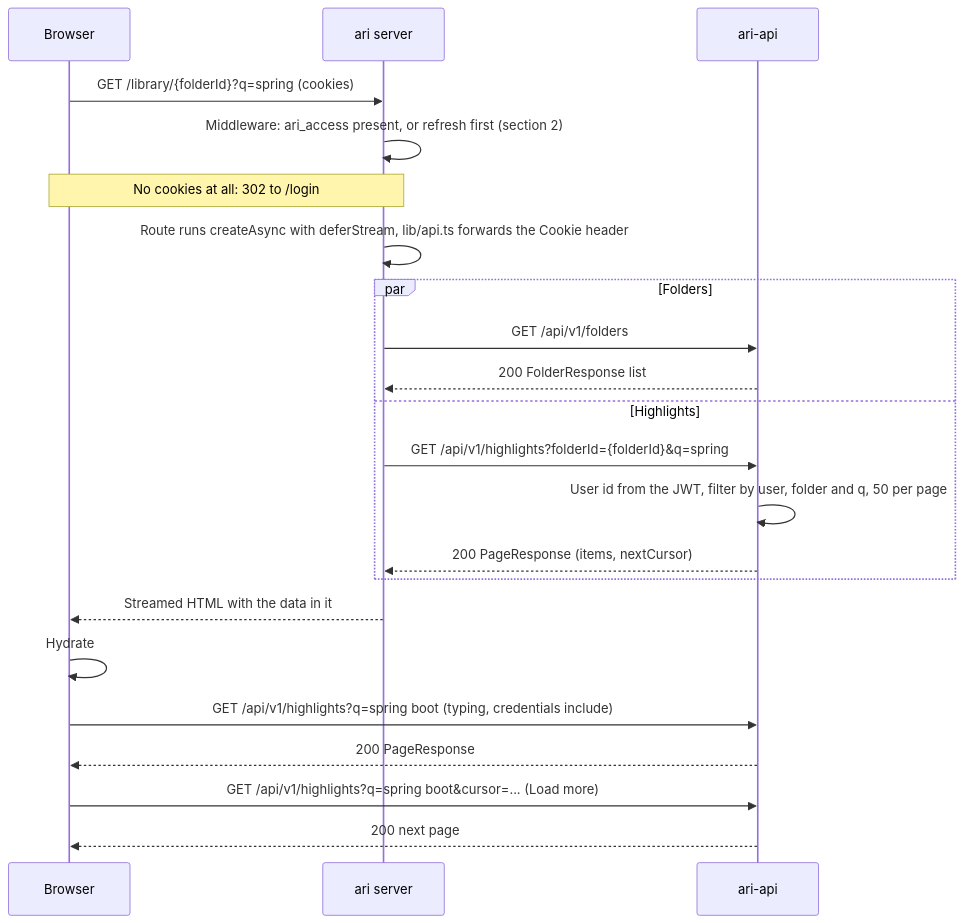
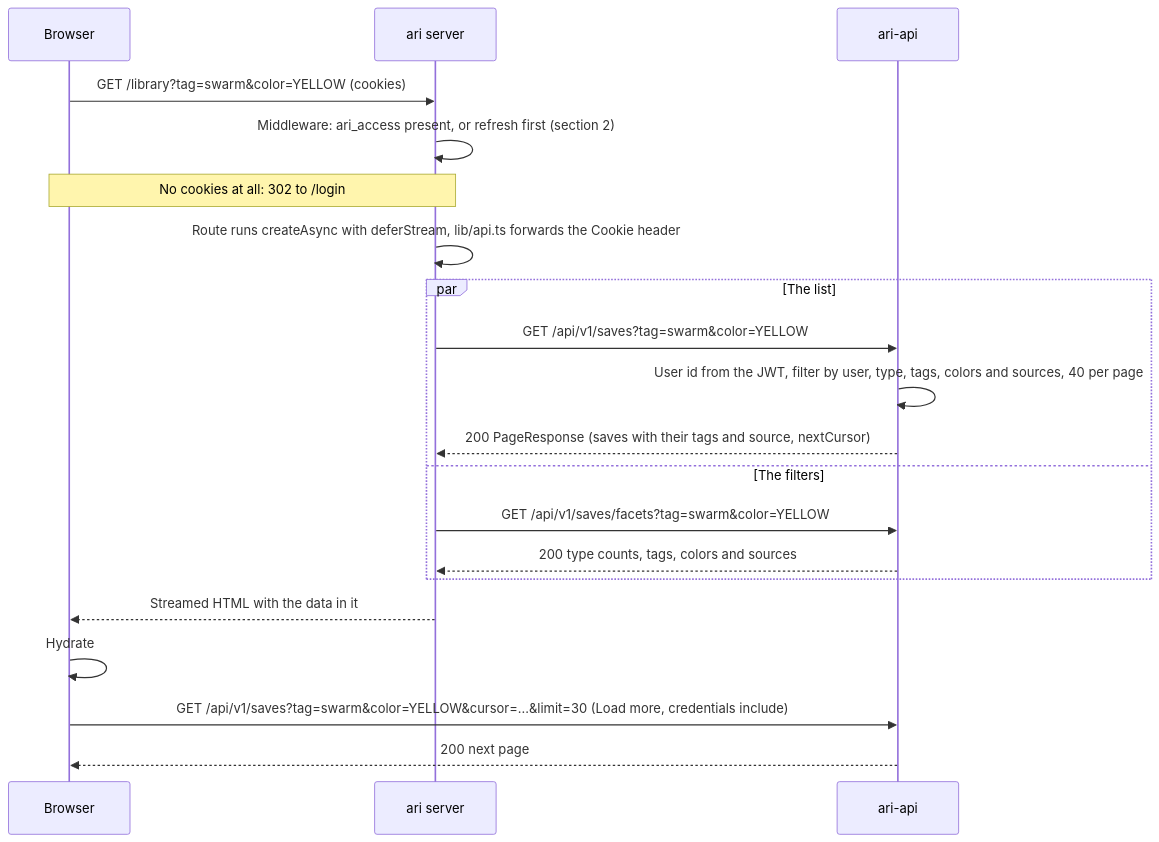
One commit to salimsalimzade/ari-api changed the third of 9 diagrams in docs/sequences.md. Above: the diagram before and after it, drawn with Mermaid. The commit also changed other lines of this file and 181 other files, not shown here.

````diff
--- a/docs/sequences.md
+++ b/docs/sequences.md
@@ -67,24 +96,22 @@
 ```mermaid
 sequenceDiagram
   participant B as Browser
   participant W as ari server
   participant A as ari-api
-  B->>W: GET /library/{folderId}?q=spring (cookies)
+  B->>W: GET /library?tag=swarm&color=YELLOW (cookies)
   W->>W: Middleware: ari_access present, or refresh first (section 2)
   Note over B,W: No cookies at all: 302 to /login
   W->>W: Route runs createAsync with deferStream, lib/api.ts forwards the Cookie header
-  par Folders
-    W->>A: GET /api/v1/folders
-    A-->>W: 200 FolderResponse list
-  and Highlights
-    W->>A: GET /api/v1/highlights?folderId={folderId}&q=spring
-    A->>A: User id from the JWT, filter by user, folder and q, 50 per page
-    A-->>W: 200 PageResponse (items, nextCursor)
+  par The list
+    W->>A: GET /api/v1/saves?tag=swarm&color=YELLOW
+    A->>A: User id from the JWT, filter by user, type, tags, colors and sources, 40 per page
+    A-->>W: 200 PageResponse (saves with their tags and source, nextCursor)
+  and The filters
+    W->>A: GET /api/v1/saves/facets?tag=swarm&color=YELLOW
+    A-->>W: 200 type counts, tags, colors and sources
   end
   W-->>B: Streamed HTML with the data in it
   B->>B: Hydrate
-  B->>A: GET /api/v1/highlights?q=spring boot (typing, credentials include)
-  A-->>B: 200 PageResponse
-  B->>A: GET /api/v1/highlights?q=spring boot&cursor=... (Load more)
+  B->>A: GET /api/v1/saves?tag=swarm&color=YELLOW&cursor=...&limit=30 (Load more, credentials include)
   A-->>B: 200 next page
 ```
````
